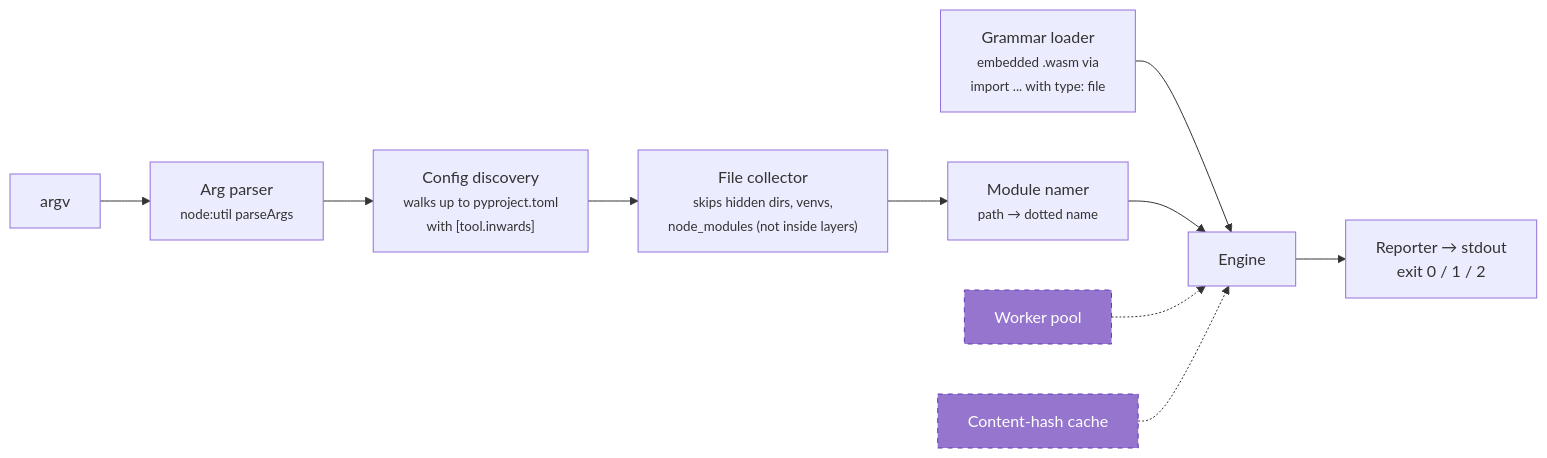
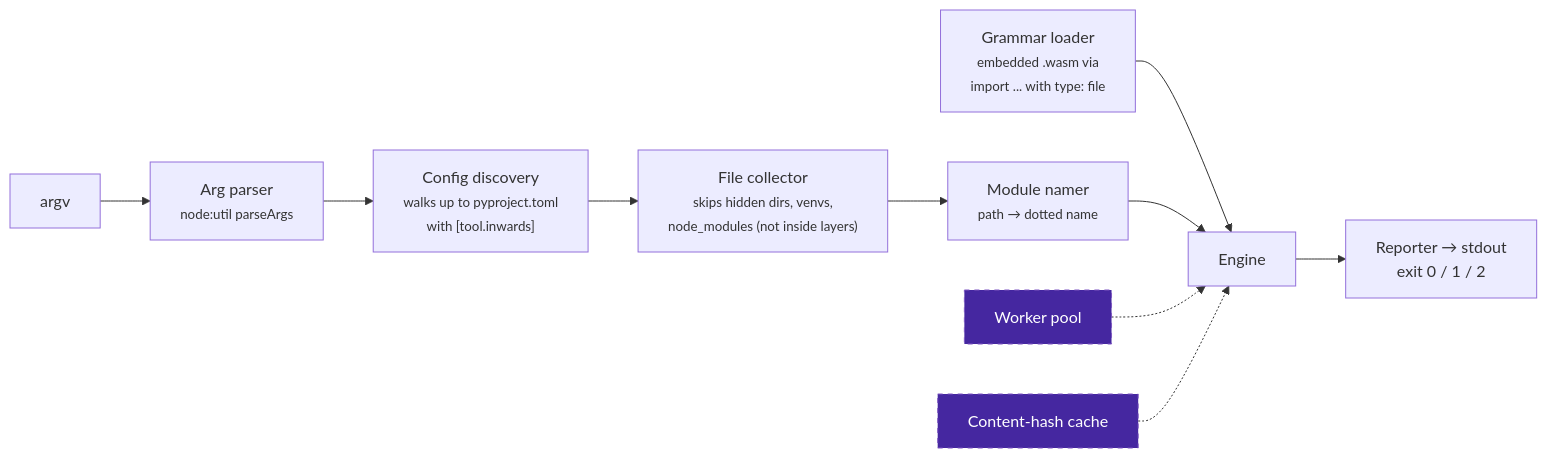
Before and after one commit to SirCypkowskyy/inwards: the fifth of 6 diagrams in docs/chapters/03-Architecture-C4.md, drawn with Mermaid. The commit also changed other lines of this file and 4 other files, not shown here.

````diff
--- a/docs/chapters/03-Architecture-C4.md
+++ b/docs/chapters/03-Architecture-C4.md
@@ -218,14 +218,14 @@
 ```mermaid
 flowchart LR
     argv["argv"] --> args["Arg parser<br/><small>node:util parseArgs</small>"]
     args --> find["Config discovery<br/><small>walks up to pyproject.toml<br/>with [tool.inwards]</small>"]
     find --> walk["File collector<br/><small>skips hidden dirs, venvs,<br/>node_modules (not inside layers)</small>"]
     walk --> mod["Module namer<br/><small>path → dotted name</small>"]
     gram["Grammar loader<br/><small>embedded .wasm via<br/>import ... with type: file</small>"] --> eng
     mod --> eng["Engine"]
     eng --> out["Reporter → stdout<br/>exit 0 / 1 / 2"]
     pool["Worker pool"]:::planned -.-> eng
     cache["Content-hash cache"]:::planned -.-> eng
 
-    classDef planned fill:#9575cd,color:#fff,stroke:#673ab7,stroke-dasharray:5 5
+    classDef planned fill:#4527a0,color:#fff,stroke:#7e57c2,stroke-dasharray:5 5
 ```
````
